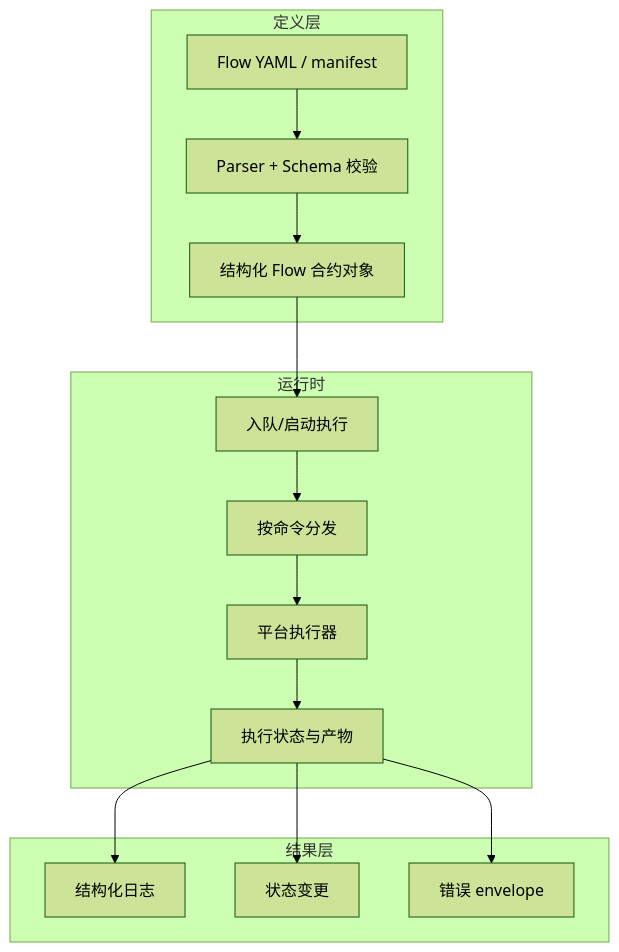
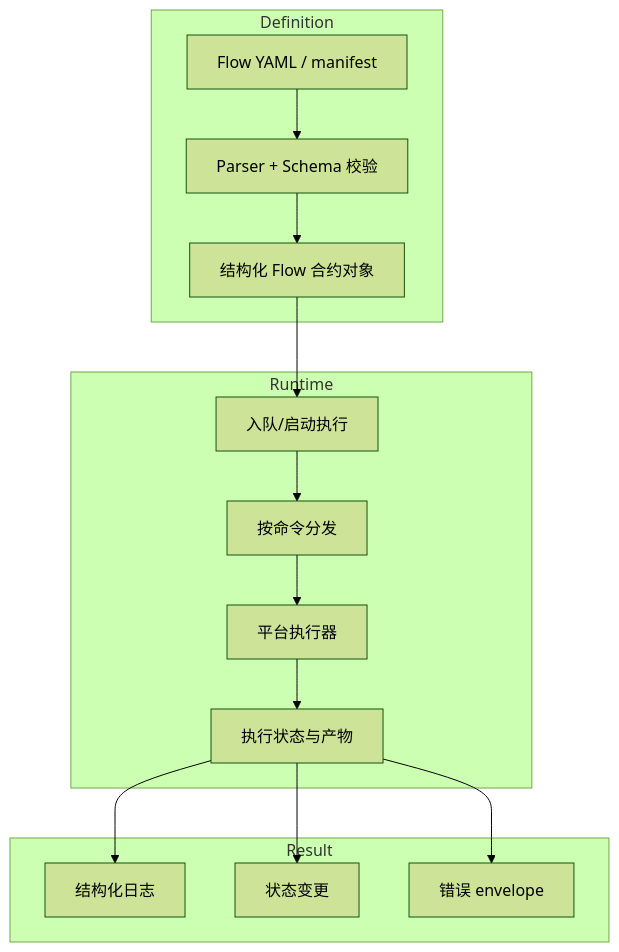
One commit to d4551/vertu-edge changed the fifth of 6 diagrams in README.md. Above: the diagram before and after it, drawn with Mermaid (forest theme). The commit also changed other lines of this file, not shown here.

Commit message:
docs: harden Mermaid syntax for GitHub render

````diff
--- a/README.md
+++ b/README.md
@@ -356,26 +356,26 @@
 ```mermaid
 flowchart TB
-  subgraph Definition["定义层"]
+  subgraph Definition
     A["Flow YAML / manifest"]
     B["Parser + Schema 校验"]
     C["结构化 Flow 合约对象"]
   end
 
-  subgraph Runtime["运行时"]
+  subgraph Runtime
     D["入队/启动执行"]
     E["按命令分发"]
     F["平台执行器"]
     G["执行状态与产物"]
   end
 
-  subgraph Result["结果层"]
+  subgraph Result
     H["结构化日志"]
     I["状态变更"]
     J["错误 envelope"]
   end
 
   A --> B --> C --> D --> E --> F --> G
   G --> H
   G --> I
   G --> J
 ```
````
